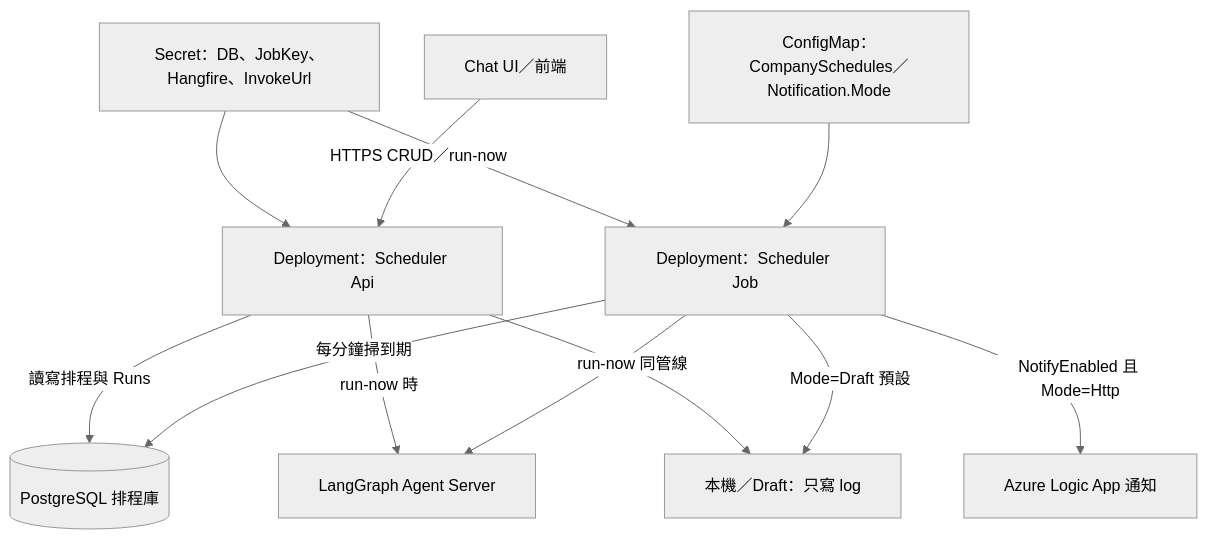
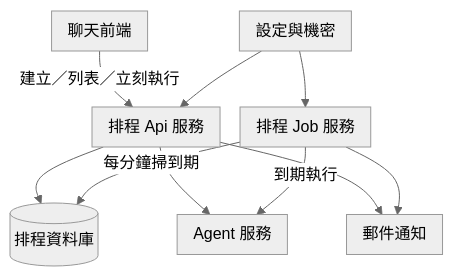
One commit to jellyfish00001/MoAgentChat_Work changed the second of 2 diagrams in docs/schedule-deploy.md. Above: the diagram before and after it, drawn with Mermaid (neutral theme). The commit also changed 2 other files, not shown here.

Commit message:
update 流程圖

````diff
--- a/docs/schedule-deploy.md
+++ b/docs/schedule-deploy.md
@@ -37,25 +39,14 @@
 ```mermaid
-%%{init: {"flowchart": {"nodeSpacing": 45, "rankSpacing": 80, "padding": 20}}}%%
+%%{init: {"flowchart": {"nodeSpacing": 20, "rankSpacing": 32, "padding": 8, "useMaxWidth": true}}}%%
 flowchart TD
-  Ui[Chat UI／前端]
-  ApiPod[Deployment：Scheduler Api]
-  JobPod[Deployment：Scheduler Job]
-  Cfg[ConfigMap：CompanySchedules／Notification.Mode]
-  Sec[Secret：DB、JobKey、Hangfire、InvokeUrl]
-  PG[(PostgreSQL 排程庫)]
-  LG[LangGraph Agent Server]
-  Logic[Azure Logic App 通知]
-  Draft[本機／Draft：只寫 log]
-
-  Ui -->|HTTPS CRUD／run-now| ApiPod
-  JobPod -->|每分鐘掃到期| PG
-  ApiPod -->|讀寫排程與 Runs| PG
-  JobPod --> LG
-  ApiPod -->|run-now 時| LG
-  JobPod -->|NotifyEnabled 且 Mode=Http| Logic
-  JobPod -->|Mode=Draft 預設| Draft
-  ApiPod -->|run-now 同管線| Draft
-  Cfg --> JobPod
-  Sec --> ApiPod
-  Sec --> JobPod
+  Ui[聊天前端] -->|建立／列表／立刻執行| Api[排程 Api 服務]
+  Job[排程 Job 服務]
+  Api --> Db[(排程資料庫)]
+  Job -->|每分鐘掃到期| Db
+  Api --> Agent[Agent 服務]
+  Job -->|到期執行| Agent
+  Api --> Mail[郵件通知]
+  Job --> Mail
+  Cfg[設定與機密] --> Api
+  Cfg --> Job
 ```
````
